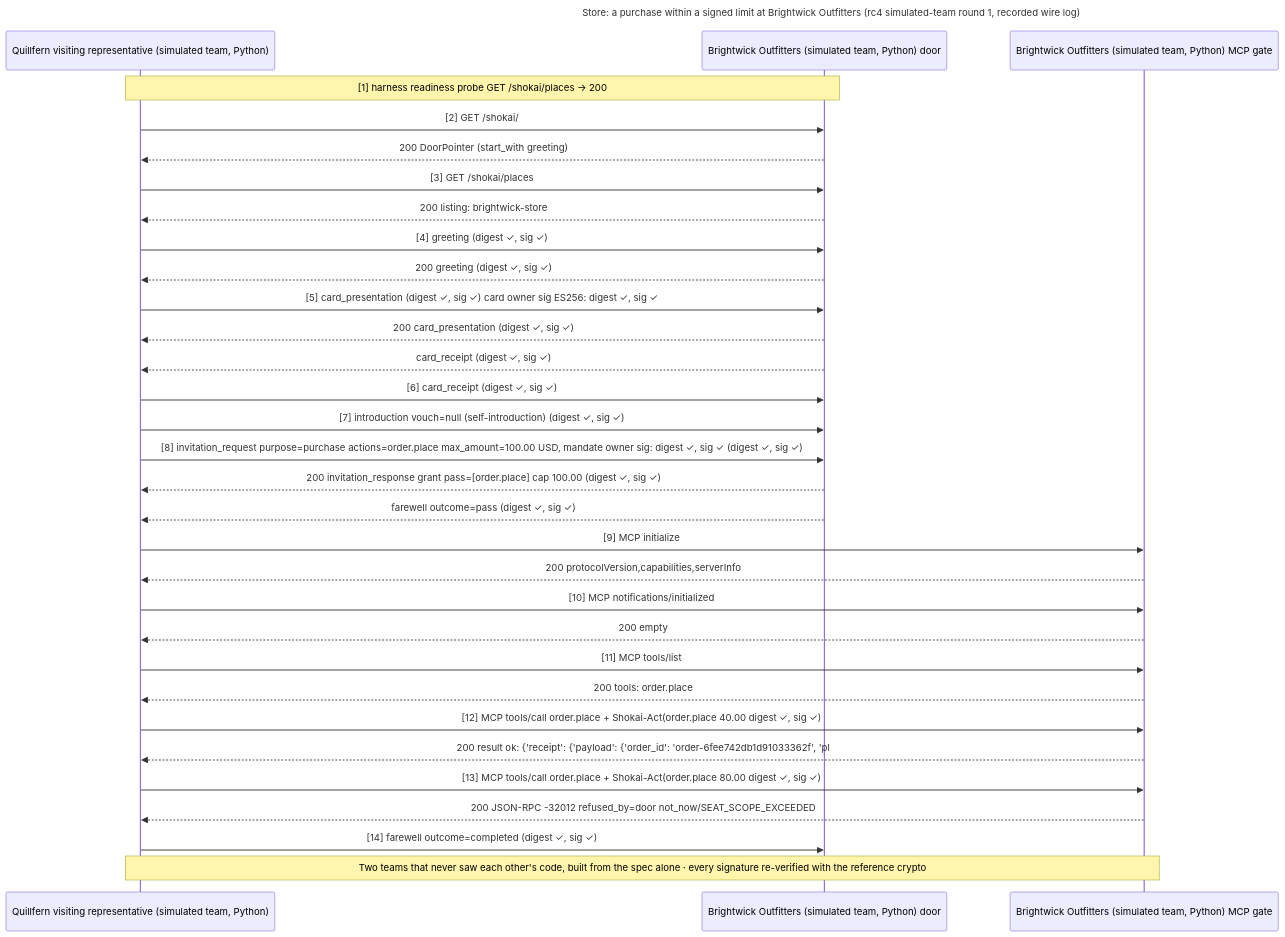
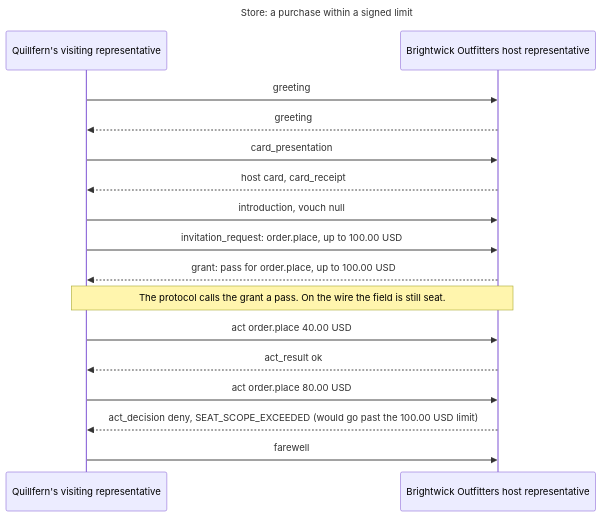
One commit to Kigenka/shokai changed the diagram in examples/diagrams/src/store.mmd. Above: the diagram before and after it, drawn with Mermaid. The commit also changed 368 other files, not shown here.

```diff
--- a/examples/diagrams/src/store.mmd
+++ b/examples/diagrams/src/store.mmd
@@ -1,32 +1,17 @@
 sequenceDiagram
-  title Store: a purchase within a signed limit at Brightwick Outfitters (rc4 simulated-team round 1, recorded wire log)
-  participant V as Quillfern visiting representative (simulated team, Python)
-  participant D as Brightwick Outfitters (simulated team, Python) door
-  participant G as Brightwick Outfitters (simulated team, Python) MCP gate
-  Note over V,D: [1] harness readiness probe GET /shokai/places → 200
-  V->>D: [2] GET /shokai/
-  D-->>V: 200 DoorPointer (start_with greeting)
-  V->>D: [3] GET /shokai/places
-  D-->>V: 200 listing: brightwick-store
-  V->>D: [4] greeting (digest ✓, sig ✓)
-  D-->>V: 200 greeting (digest ✓, sig ✓)
-  V->>D: [5] card_presentation (digest ✓, sig ✓)  card owner sig ES256: digest ✓, sig ✓
-  D-->>V: 200 card_presentation (digest ✓, sig ✓)
-  D-->>V: card_receipt (digest ✓, sig ✓)
-  V->>D: [6] card_receipt (digest ✓, sig ✓)
-  V->>D: [7] introduction vouch=null (self-introduction) (digest ✓, sig ✓)
-  V->>D: [8] invitation_request purpose=purchase actions=order.place max_amount=100.00 USD, mandate owner sig: digest ✓, sig ✓ (digest ✓, sig ✓)
-  D-->>V: 200 invitation_response grant pass=[order.place] cap 100.00 (digest ✓, sig ✓)
-  D-->>V: farewell outcome=pass (digest ✓, sig ✓)
-  V->>G: [9] MCP initialize
-  G-->>V: 200 protocolVersion,capabilities,serverInfo
-  V->>G: [10] MCP notifications/initialized
-  G-->>V: 200 empty
-  V->>G: [11] MCP tools/list
-  G-->>V: 200 tools: order.place
-  V->>G: [12] MCP tools/call order.place + Shokai-Act(order.place 40.00  digest ✓, sig ✓)
-  G-->>V: 200 result ok: {'receipt': {'payload': {'order_id': 'order-6fee742db1d91033362f', 'pl
-  V->>G: [13] MCP tools/call order.place + Shokai-Act(order.place 80.00  digest ✓, sig ✓)
-  G-->>V: 200 JSON-RPC -32012 refused_by=door not_now/SEAT_SCOPE_EXCEEDED
-  V->>D: [14] farewell outcome=completed (digest ✓, sig ✓)
-  Note over V,G: Two teams that never saw each other's code, built from the spec alone · every signature re-verified with the reference crypto
+  title Store: a purchase within a signed limit
+  participant V as Quillfern's visiting representative
+  participant D as Brightwick Outfitters host representative
+  V->>D: greeting
+  D-->>V: greeting
+  V->>D: card_presentation
+  D-->>V: host card, card_receipt
+  V->>D: introduction, vouch null
+  V->>D: invitation_request: order.place, up to 100.00 USD
+  D-->>V: grant: pass for order.place, up to 100.00 USD
+  Note over V,D: The protocol calls the grant a pass. On the wire the field is still seat.
+  V->>D: act order.place 40.00 USD
+  D-->>V: act_result ok
+  V->>D: act order.place 80.00 USD
+  D-->>V: act_decision deny, SEAT_SCOPE_EXCEEDED (would go past the 100.00 USD limit)
+  V->>D: farewell
```
